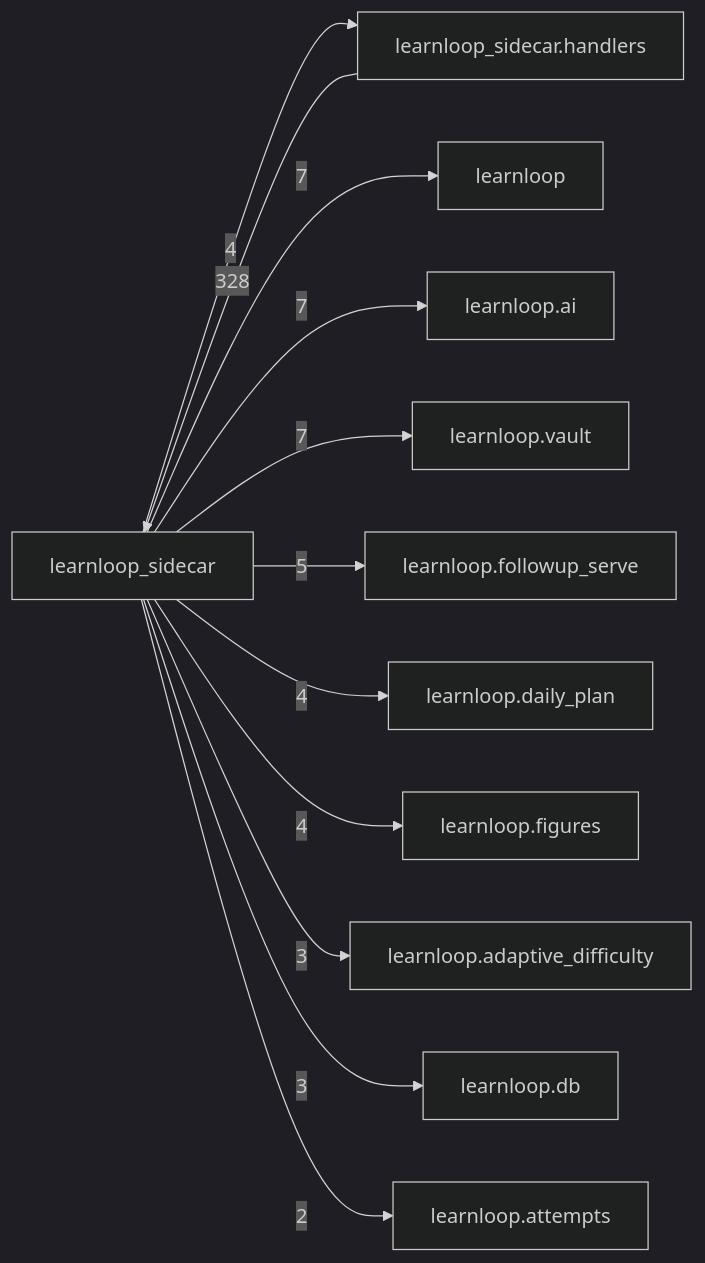
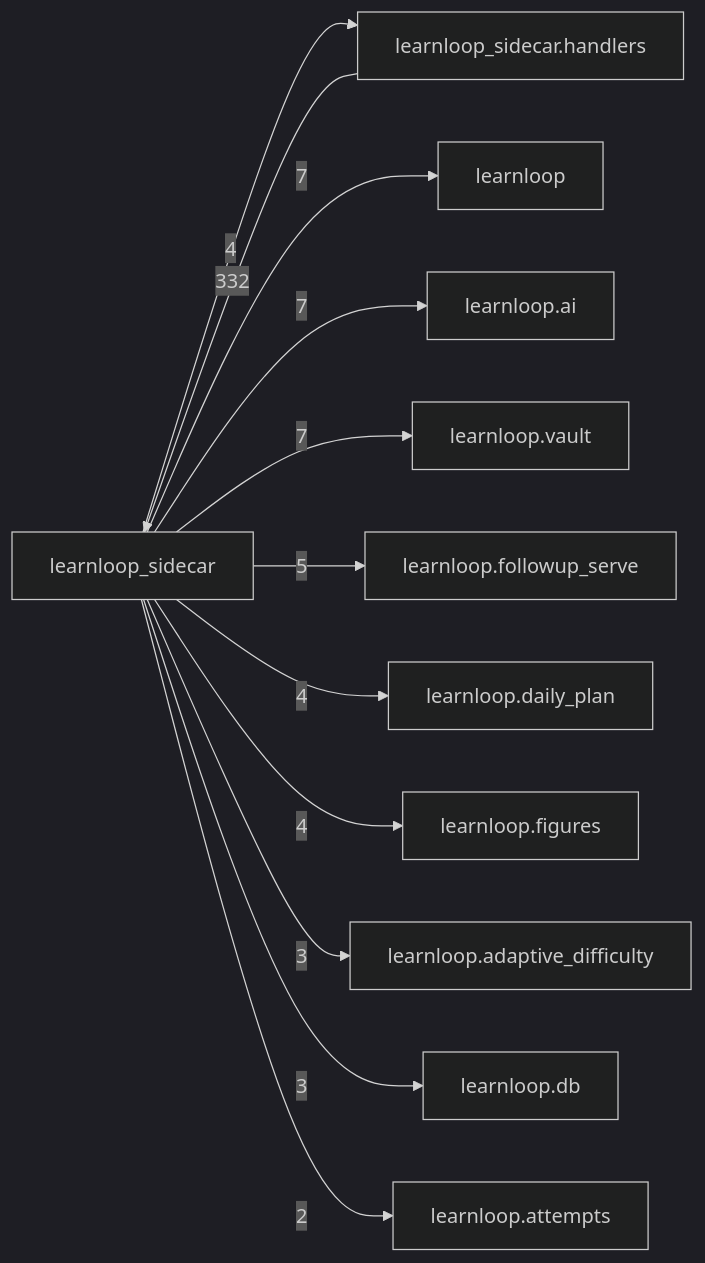
Before and after one commit to 6up-b/learnanything: the diagram in docs/learnloop-architecture-vault/Reference/Modules/learnloop_sidecar/_package.md, drawn with Mermaid (dark theme). The commit also changed other lines of this file and 585 other files, not shown here.

````diff
--- a/docs/learnloop-architecture-vault/Reference/Modules/learnloop_sidecar/_package.md
+++ b/docs/learnloop-architecture-vault/Reference/Modules/learnloop_sidecar/_package.md
@@ -125,25 +125,25 @@
 ```mermaid
 flowchart LR
     center["learnloop_sidecar"]
     n_learnloop_sidecar_handlers["learnloop_sidecar.handlers"]
     n_learnloop["learnloop"]
     n_learnloop_ai["learnloop.ai"]
     n_learnloop_vault["learnloop.vault"]
     n_learnloop_followup_serve["learnloop.followup_serve"]
     n_learnloop_daily_plan["learnloop.daily_plan"]
     n_learnloop_figures["learnloop.figures"]
     n_learnloop_adaptive_difficulty["learnloop.adaptive_difficulty"]
     n_learnloop_db["learnloop.db"]
     n_learnloop_attempts["learnloop.attempts"]
-    n_learnloop_sidecar_handlers -->|328| center
+    n_learnloop_sidecar_handlers -->|332| center
     center -->|4| n_learnloop_sidecar_handlers
     center -->|7| n_learnloop
     center -->|7| n_learnloop_ai
     center -->|7| n_learnloop_vault
     center -->|5| n_learnloop_followup_serve
     center -->|4| n_learnloop_daily_plan
     center -->|4| n_learnloop_figures
     center -->|3| n_learnloop_adaptive_difficulty
     center -->|3| n_learnloop_db
     center -->|2| n_learnloop_attempts
 ```
````
